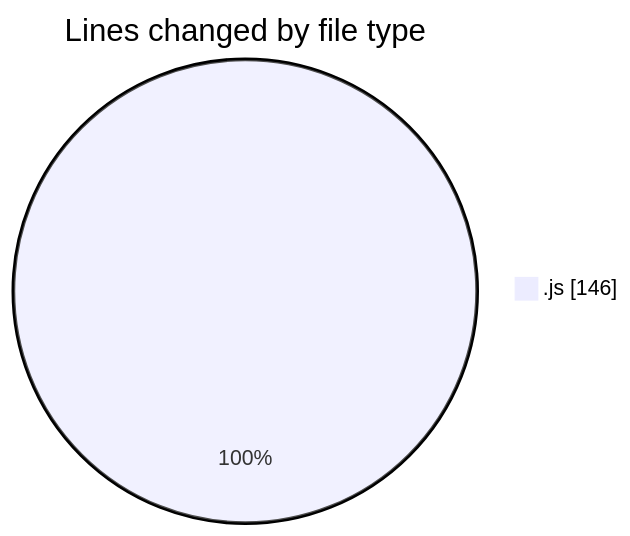
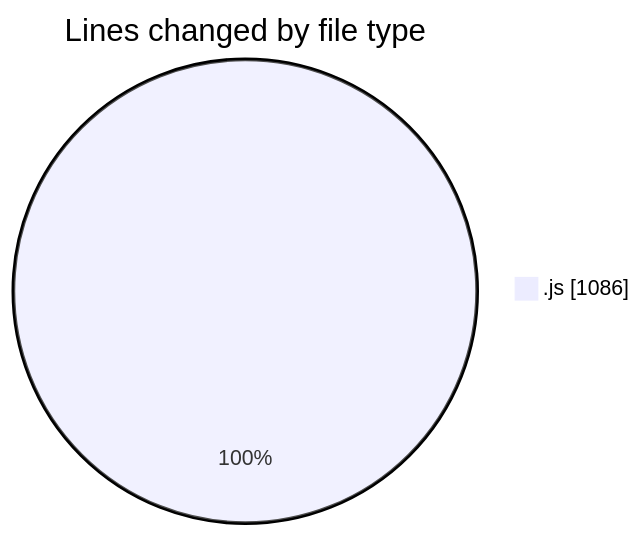
One commit to momahboobian/code-tracking changed the first of 2 diagrams in 2026-04-08/cda/README.md. Above: the diagram before and after it, drawn with Mermaid. The commit also changed other lines of this file and 1 other file, not shown here.

````diff
--- a/2026-04-08/cda/README.md
+++ b/2026-04-08/cda/README.md
@@ -21,5 +23,5 @@
 ```mermaid
 pie showData
 title Lines changed by file type
-".js" : 146
+".js" : 1086
 ```
````
